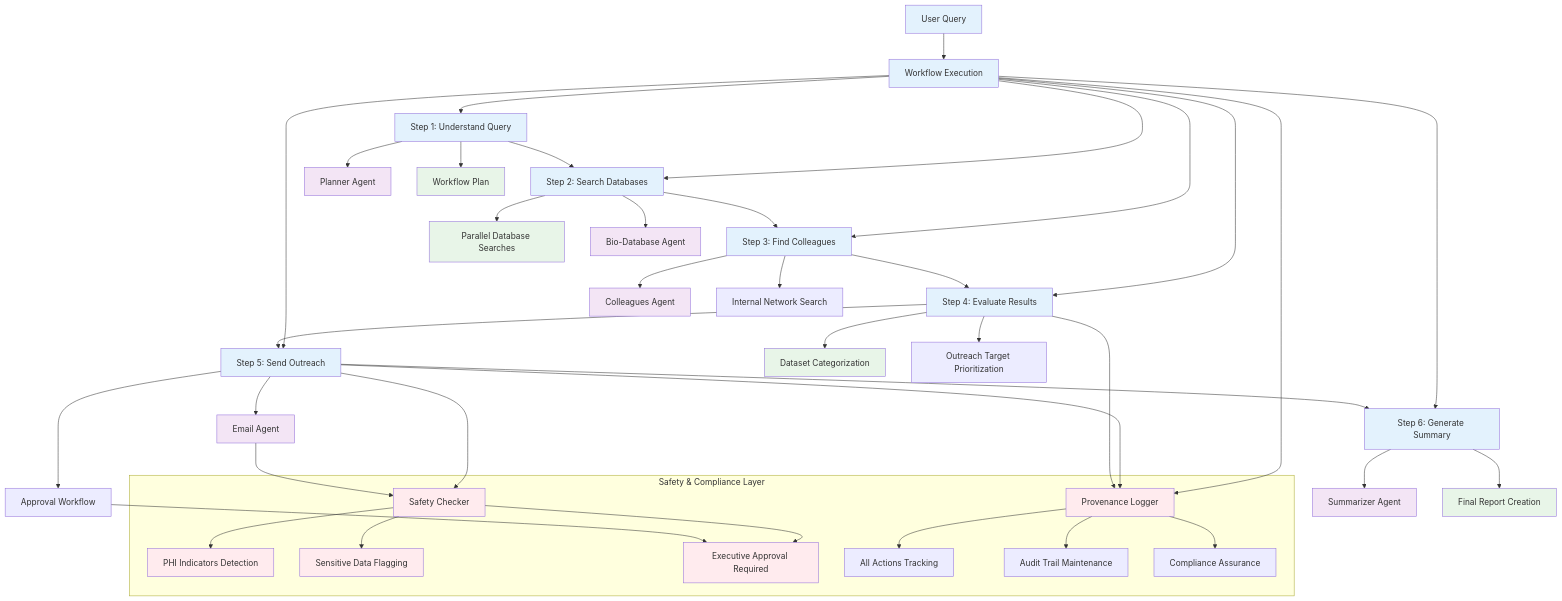
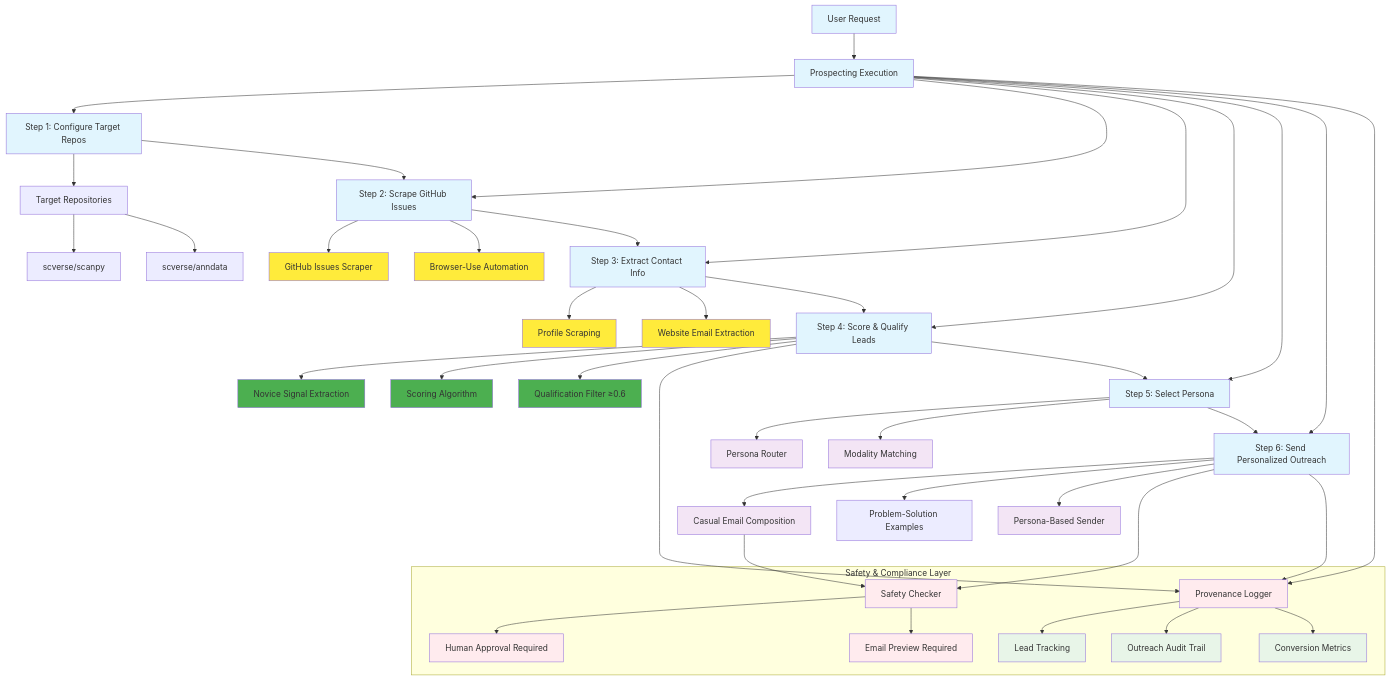
The fourth of 7 diagrams in architecture.md (the-omics-os/biodata-assistant), drawn with Mermaid before and after one commit. The commit also changed other lines of this file and 1099 other files, not shown here.

````diff
--- a/architecture.md
+++ b/architecture.md
@@ -218,70 +237,75 @@
 ```mermaid
 flowchart TD
-    %% Main Workflow
-    UserQuery[User Query] --> WorkflowExecution[Workflow Execution]
+    %% Main GitHub Prospecting Workflow
+    UserRequest[User Request] --> ProspectingExecution[Prospecting Execution]
 
-    WorkflowExecution --> UnderstandQuery[Step 1: Understand Query]
-    WorkflowExecution --> SearchDatabases[Step 2: Search Databases]
-    WorkflowExecution --> FindColleagues[Step 3: Find Colleagues]
-    WorkflowExecution --> EvaluateResults[Step 4: Evaluate Results]
-    WorkflowExecution --> SendOutreach[Step 5: Send Outreach]
-    WorkflowExecution --> GenerateSummary[Step 6: Generate Summary]
+    ProspectingExecution --> ConfigureTargets[Step 1: Configure Target Repos]
+    ProspectingExecution --> ScrapeIssues[Step 2: Scrape GitHub Issues]
+    ProspectingExecution --> ExtractContacts[Step 3: Extract Contact Info]
+    ProspectingExecution --> ScoreLeads[Step 4: Score & Qualify Leads]
+    ProspectingExecution --> SelectPersona[Step 5: Select Persona]
+    ProspectingExecution --> SendOutreach[Step 6: Send Personalized Outreach]
 
     %% Step Details
-    UnderstandQuery --> PlannerAgent[Planner Agent]
-    UnderstandQuery --> WorkflowPlan[Workflow Plan]
+    ConfigureTargets --> TargetRepositories[Target Repositories]
+    TargetRepositories --> ScanpyRepo[scverse/scanpy]
+    TargetRepositories --> AnndataRepo[scverse/anndata]
 
-    SearchDatabases --> DatabaseSearches[Parallel Database Searches]
-    SearchDatabases --> BioDatabaseAgent[Bio-Database Agent]
+    ScrapeIssues --> GitHubIssuesScraper[GitHub Issues Scraper]
+    ScrapeIssues --> BrowserUseAutomation[Browser-Use Automation]
 
-    FindColleagues --> ColleaguesAgent[Colleagues Agent]
-    FindColleagues --> InternalNetwork[Internal Network Search]
+    ExtractContacts --> ProfileScraping[Profile Scraping]
+    ExtractContacts --> WebsiteEmailExtraction[Website Email Extraction]
 
-    EvaluateResults --> Datasets[Dataset Categorization]
-    EvaluateResults --> OutreachTargets[Outreach Target Prioritization]
+    ScoreLeads --> NoviceSignalExtraction[Novice Signal Extraction]
+    ScoreLeads --> ScoringAlgorithm[Scoring Algorithm]
+    ScoreLeads --> QualificationFilter[Qualification Filter ≥0.6]
 
-    SendOutreach --> EmailAgent[Email Agent]
-    SendOutreach --> ApprovalWorkflow[Approval Workflow]
+    SelectPersona --> PersonaRouter[Persona Router]
+    SelectPersona --> ModalityMatching[Modality Matching]
 
-    GenerateSummary --> SummarizerAgent[Summarizer Agent]
-    GenerateSummary --> FinalReport[Final Report Creation]
+    SendOutreach --> CasualEmailComposition[Casual Email Composition]
+    SendOutreach --> ProblemSolutionExamples[Problem-Solution Examples]
+    SendOutreach --> PersonaBasedSender[Persona-Based Sender]
 
     %% Safety & Compliance
     subgraph "Safety & Compliance Layer"
-        SafetyChecker[Safety Checker] --> PHIIndicators[PHI Indicators Detection]
-        SafetyChecker --> SensitiveData[Sensitive Data Flagging]
-        SafetyChecker --> ExecutiveApproval[Executive Approval Required]
+        SafetyChecker[Safety Checker] --> HumanApproval[Human Approval Required]
+        SafetyChecker --> EmailPreview[Email Preview Required]
 
-        ProvenanceLogger[Provenance Logger] --> AllActions[All Actions Tracking]
-        ProvenanceLogger --> AuditTrail[Audit Trail Maintenance]
-        ProvenanceLogger --> Compliance[Compliance Assurance]
+        ProvenanceLogger[Provenance Logger] --> LeadTracking[Lead Tracking]
+        ProvenanceLogger --> OutreachAudit[Outreach Audit Trail]
+        ProvenanceLogger --> ConversionMetrics[Conversion Metrics]
     end
 
     %% Cross-connections for Safety
     SendOutreach --> SafetyChecker
-    EmailAgent --> SafetyChecker
-    ApprovalWorkflow --> ExecutiveApproval
+    CasualEmailComposition --> SafetyChecker
 
     %% Provenance connections
-    WorkflowExecution --> ProvenanceLogger
+    ProspectingExecution --> ProvenanceLogger
     SendOutreach --> ProvenanceLogger
-    EvaluateResults --> ProvenanceLogger
+    ScoreLeads --> ProvenanceLogger
 
     %% Sequential flow connections
-    UnderstandQuery --> SearchDatabases
-    SearchDatabases --> FindColleagues
-    FindColleagues --> EvaluateResults
-    EvaluateResults --> SendOutreach
-    SendOutreach --> GenerateSummary
+    ConfigureTargets --> ScrapeIssues
+    ScrapeIssues --> ExtractContacts
+    ExtractContacts --> ScoreLeads
+    ScoreLeads --> SelectPersona
+    SelectPersona --> SendOutreach
 
     %% Styling
-    classDef workflow fill:#e3f2fd
-    classDef agent fill:#f3e5f5
+    classDef workflow fill:#e1f5fe
+    classDef scraping fill:#ffeb3b
+    classDef scoring fill:#4caf50
+    classDef persona fill:#f3e5f5
     classDef safety fill:#ffebee
     classDef output fill:#e8f5e8
 
-    class UserQuery,WorkflowExecution,UnderstandQuery,SearchDatabases,FindColleagues,EvaluateResults,SendOutreach,GenerateSummary workflow
-    class PlannerAgent,BioDatabaseAgent,ColleaguesAgent,EmailAgent,SummarizerAgent agent
-    class SafetyChecker,ProvenanceLogger,PHIIndicators,SensitiveData,ExecutiveApproval safety
-    class WorkflowPlan,FinalReport,DatabaseSearches,Datasets output
+    class UserRequest,ProspectingExecution,ConfigureTargets,ScrapeIssues,ExtractContacts,ScoreLeads,SelectPersona,SendOutreach workflow
+    class GitHubIssuesScraper,BrowserUseAutomation,ProfileScraping,WebsiteEmailExtraction scraping
+    class NoviceSignalExtraction,ScoringAlgorithm,QualificationFilter scoring
+    class PersonaRouter,ModalityMatching,CasualEmailComposition,PersonaBasedSender persona
+    class SafetyChecker,ProvenanceLogger,HumanApproval,EmailPreview safety
+    class LeadTracking,OutreachAudit,ConversionMetrics output
 ```
````
